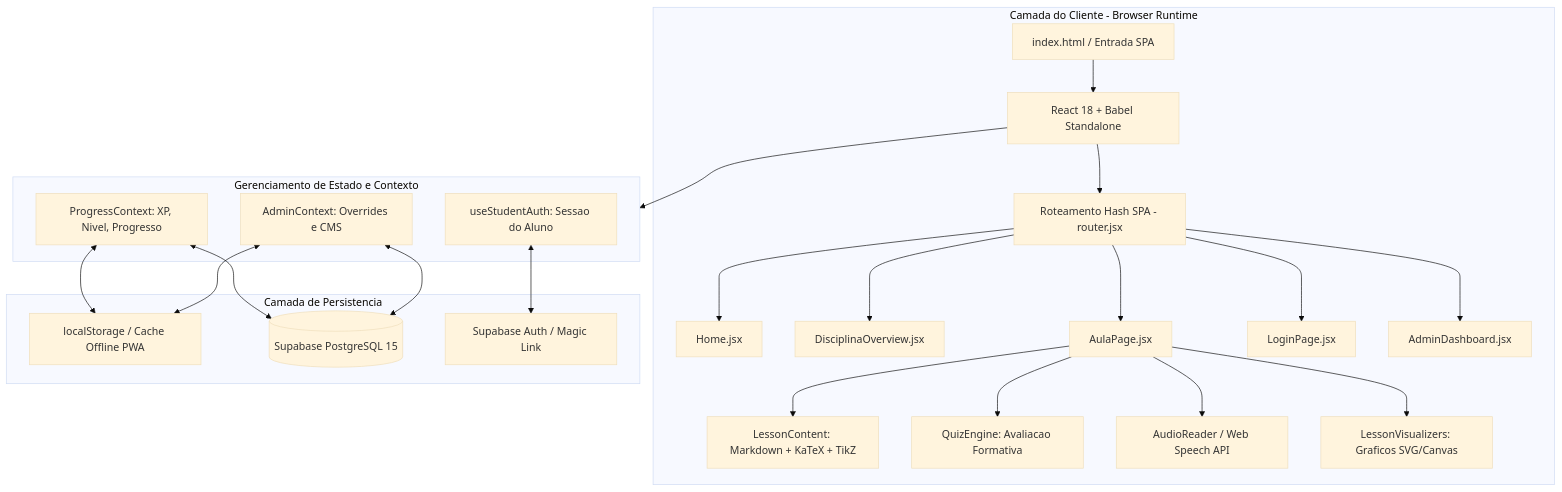
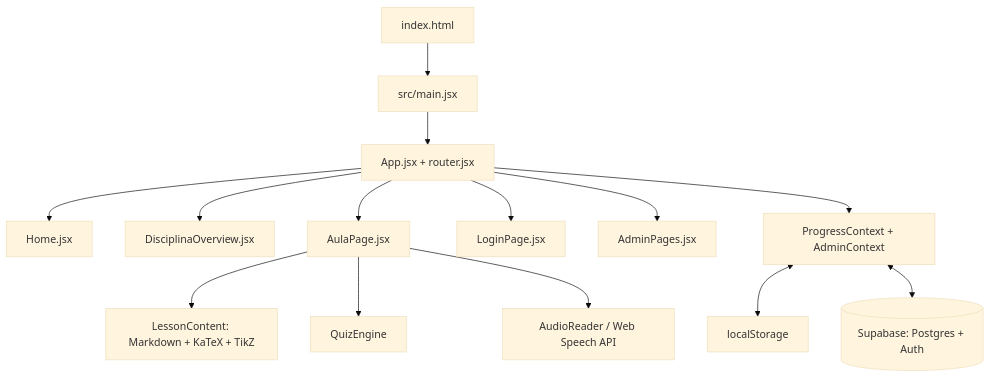
Before and after one commit to brasil-financas-atlas/atlas: the diagram in README.md, drawn with Mermaid (base theme). The commit also changed other lines of this file and 1709 other files, not shown here.

````diff
--- a/README.md
+++ b/README.md
@@ -12,37 +189,16 @@
 ```mermaid
 flowchart TD
-    subgraph Client [Camada do Cliente - Browser Runtime]
-        Index[index.html / Entrada SPA] --> Core[React 18 + Babel Standalone]
-        Core --> Router[Roteamento Hash SPA - router.jsx]
-        
-        Router --> PageHome[Home.jsx]
-        Router --> PageSubject[DisciplinaOverview.jsx]
-        Router --> PageLesson[AulaPage.jsx]
-        Router --> PageAuth[LoginPage.jsx]
-        Router --> PageAdmin[AdminDashboard.jsx]
-        
-        PageLesson --> Parser[LessonContent: Markdown + KaTeX + TikZ]
-        PageLesson --> Quiz[QuizEngine: Avaliacao Formativa]
-        PageLesson --> TTS[AudioReader / Web Speech API]
-        PageLesson --> Vis[LessonVisualizers: Graficos SVG/Canvas]
-    end
-
-    subgraph State [Gerenciamento de Estado e Contexto]
-        ProgressCtx[ProgressContext: XP, Nivel, Progresso]
-        AdminCtx[AdminContext: Overrides e CMS]
-        AuthHook[useStudentAuth: Sessao do Aluno]
-    end
-
-    subgraph Storage [Camada de Persistencia]
-        Local[localStorage / Cache Offline PWA]
-        Supa[(Supabase PostgreSQL 15)]
-        SupaAuth[Supabase Auth / Magic Link]
-    end
-
-    Core --> State
-    ProgressCtx <--> Local
-    ProgressCtx <--> Supa
-    AuthHook <--> SupaAuth
-    AdminCtx <--> Local
-    AdminCtx <--> Supa
+    Index[index.html] --> Main[src/main.jsx]
+    Main --> App[App.jsx + router.jsx]
+    App --> Home[Home.jsx]
+    App --> Disc[DisciplinaOverview.jsx]
+    App --> Aula[AulaPage.jsx]
+    App --> Login[LoginPage.jsx]
+    App --> Admin[AdminPages.jsx]
+    Aula --> Content[LessonContent: Markdown + KaTeX + TikZ]
+    Aula --> Quiz[QuizEngine]
+    Aula --> Audio[AudioReader / Web Speech API]
+    App --> Ctx[ProgressContext + AdminContext]
+    Ctx <--> Local[localStorage]
+    Ctx <--> Supa[(Supabase: Postgres + Auth)]
 ```
````
